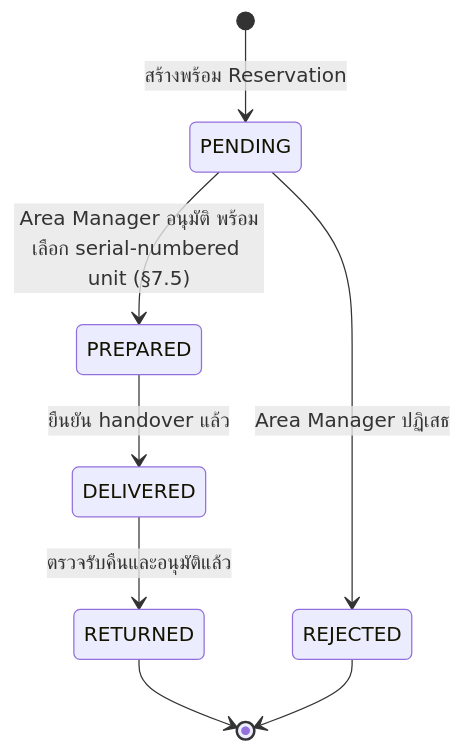
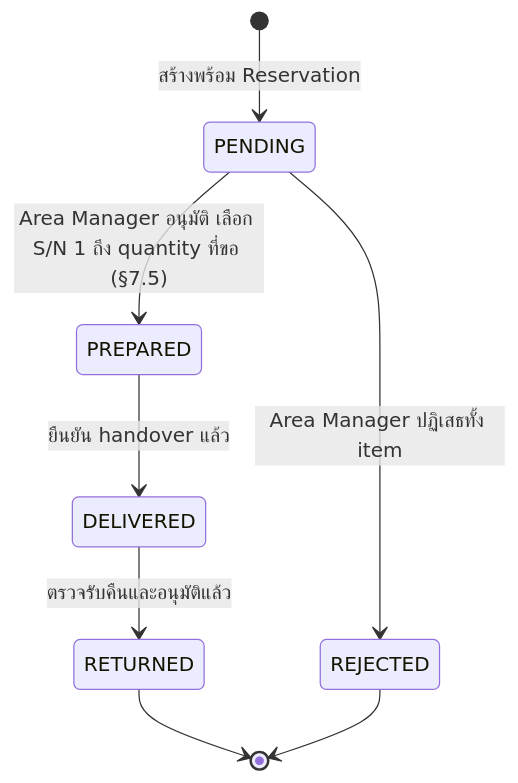
The third of 5 diagrams in docs/software_spec/lifecycle-and-state-machines.md (Faiisu/asset-reserve), drawn with Mermaid before and after one commit. The commit also changed other lines of this file and 7 other files, not shown here.

````diff
--- a/docs/software_spec/lifecycle-and-state-machines.md
+++ b/docs/software_spec/lifecycle-and-state-machines.md
@@ -79,10 +79,10 @@
 ```mermaid
 stateDiagram-v2
     [*] --> PENDING: สร้างพร้อม Reservation
-    PENDING --> PREPARED: Area Manager อนุมัติ พร้อมเลือก serial-numbered unit (§7.5)
-    PENDING --> REJECTED: Area Manager ปฏิเสธ
+    PENDING --> PREPARED: Area Manager อนุมัติ เลือก S/N 1 ถึง quantity ที่ขอ (§7.5)
+    PENDING --> REJECTED: Area Manager ปฏิเสธทั้ง item
     PREPARED --> DELIVERED: ยืนยัน handover แล้ว
     DELIVERED --> RETURNED: ตรวจรับคืนและอนุมัติแล้ว
     RETURNED --> [*]
     REJECTED --> [*]
 ```
````
